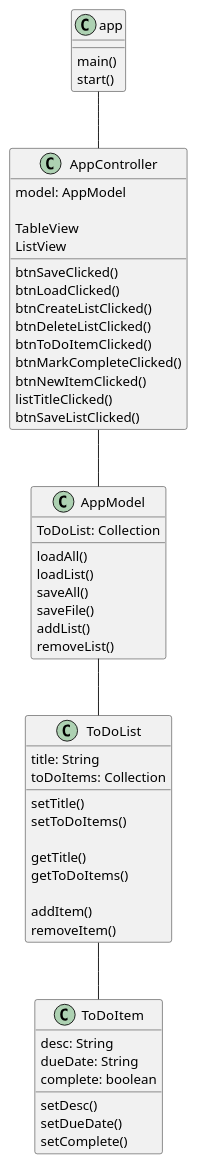
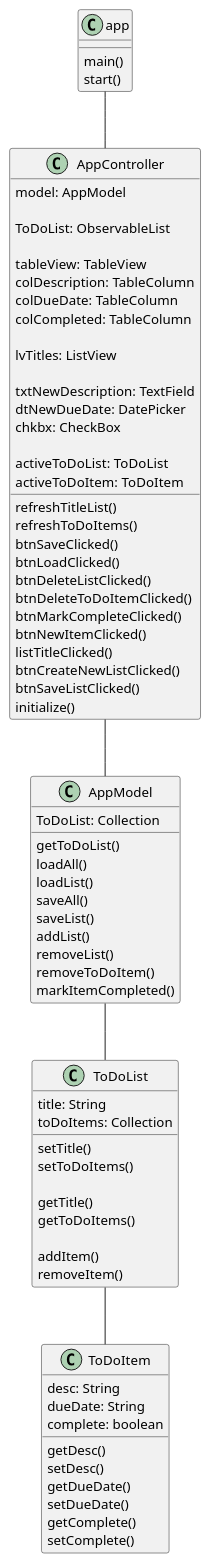
The diagram in uml/app.puml (imRielly/donnell-cop3330-assignment4), drawn with PlantUML before and after one commit. The commit also changed other lines of this file and 10 other files, not shown here.

Commit message:
Pseudocode (app/classes/controller/tests) completed FXML updated UML updated

```diff
--- a/uml/app.puml
+++ b/uml/app.puml
@@ -1,65 +7,87 @@
 @startuml
 'https://plantuml.com/class-diagram
 
 class app {
     main()
     start()
 }
 
 class AppController {
     model: AppModel
 
-    TableView
-    ListView
+    ToDoList: ObservableList
 
+    tableView: TableView
+    colDescription: TableColumn
+    colDueDate: TableColumn
+    colCompleted: TableColumn
+
+    lvTitles: ListView
+
+    txtNewDescription: TextField
+    dtNewDueDate: DatePicker
+    chkbx: CheckBox
+
+    activeToDoList: ToDoList
+    activeToDoItem: ToDoItem
+
+    refreshTitleList()
+    refreshToDoItems()
     btnSaveClicked()
     btnLoadClicked()
-    btnCreateListClicked()
     btnDeleteListClicked()
-    btnToDoItemClicked()
+    btnDeleteToDoItemClicked()
     btnMarkCompleteClicked()
     btnNewItemClicked()
     listTitleClicked()
+    btnCreateNewListClicked()
     btnSaveListClicked()
+    initialize()
 }
 
 class AppModel {
     ToDoList: Collection
 
+    getToDoList()
     loadAll()
     loadList()
     saveAll()
-    saveFile()
+    saveList()
     addList()
     removeList()
+    removeToDoItem()
+    markItemCompleted()
 }
 
 class ToDoList {
     title: String
     toDoItems: Collection
 
     setTitle()
     setToDoItems()
 
     getTitle()
     getToDoItems()
 
     addItem()
     removeItem()
 }
 
 class ToDoItem {
     desc: String
     dueDate: String
     complete: boolean
+    getDesc()
     setDesc()
+    getDueDate()
     setDueDate()
+    getComplete()
     setComplete()
 }
 
 app -- AppController
 AppController -- AppModel
 AppModel -- ToDoList
 ToDoList -- ToDoItem
 
 @enduml
```
